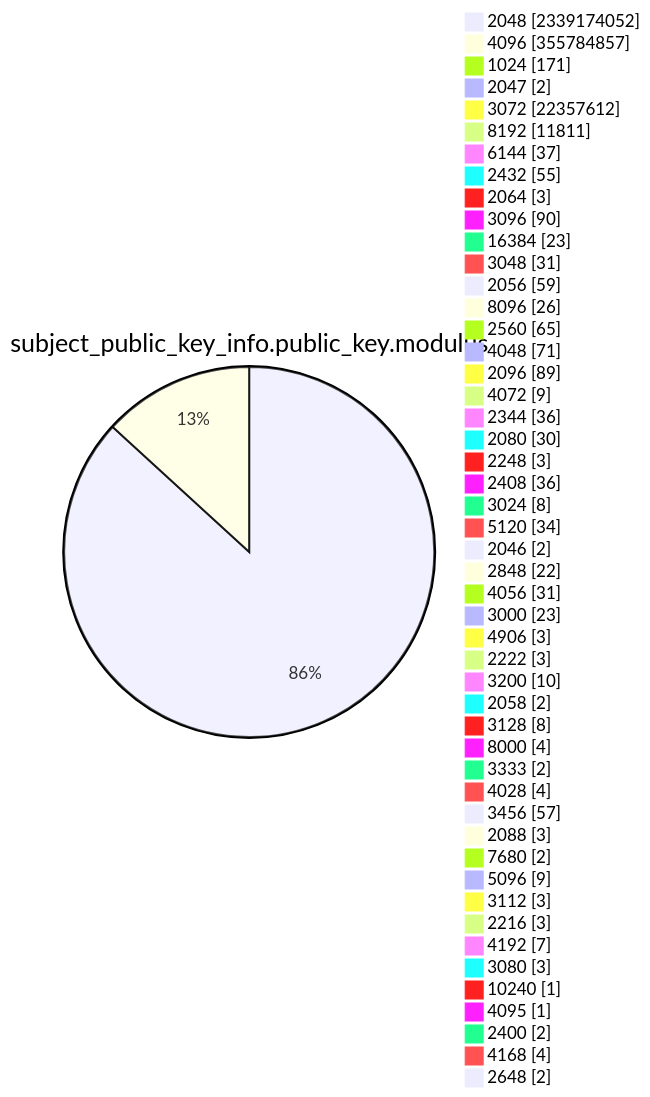
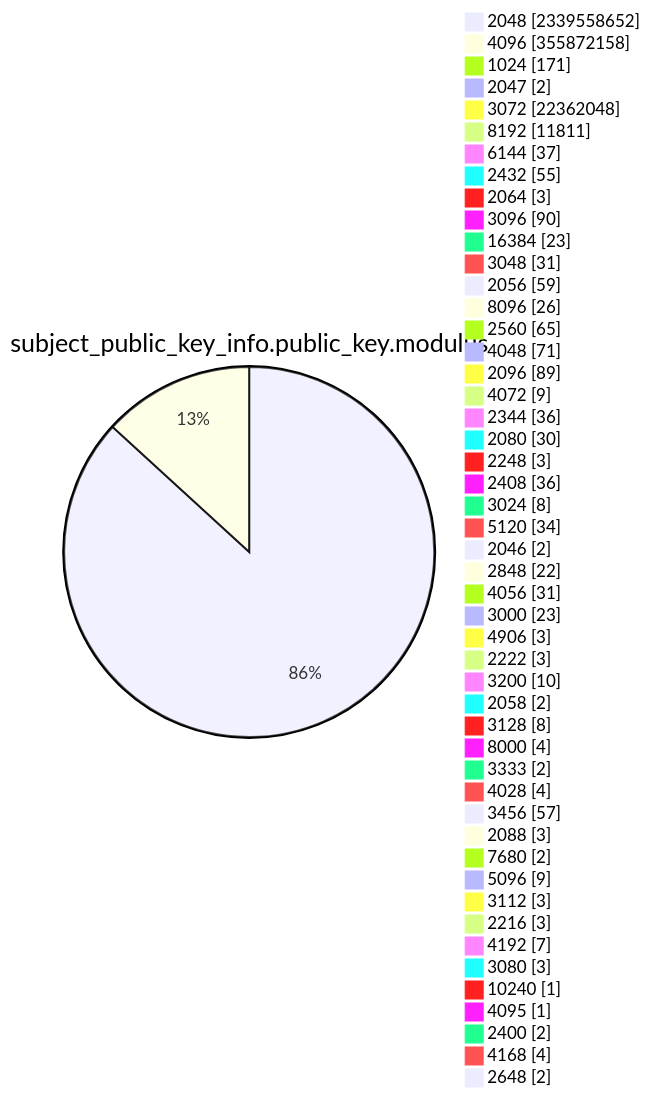
Diagram 13 of 15 in TOTAL/README.md (christiankrug/ctmonitor_visualization), drawn with Mermaid before and after one commit. The commit also changed other lines of this file, not shown here.

````diff
--- a/TOTAL/README.md
+++ b/TOTAL/README.md
@@ -4167,53 +4167,53 @@
 ```mermaid
 pie showData
 title subject_public_key_info.public_key.modulus
-"2048" :2339174052
-"4096" :355784857
+"2048" :2339558652
+"4096" :355872158
 "1024" :171
 "2047" :2
-"3072" :22357612
+"3072" :22362048
 "8192" :11811
 "6144" :37
 "2432" :55
 "2064" :3
 "3096" :90
 "16384" :23
 "3048" :31
 "2056" :59
 "8096" :26
 "2560" :65
 "4048" :71
 "2096" :89
 "4072" :9
 "2344" :36
 "2080" :30
 "2248" :3
 "2408" :36
 "3024" :8
 "5120" :34
 "2046" :2
 "2848" :22
 "4056" :31
 "3000" :23
 "4906" :3
 "2222" :3
 "3200" :10
 "2058" :2
 "3128" :8
 "8000" :4
 "3333" :2
 "4028" :4
 "3456" :57
 "2088" :3
 "7680" :2
 "5096" :9
 "3112" :3
 "2216" :3
 "4192" :7
 "3080" :3
 "10240" :1
 "4095" :1
 "2400" :2
 "4168" :4
 "2648" :2
 ```
````
